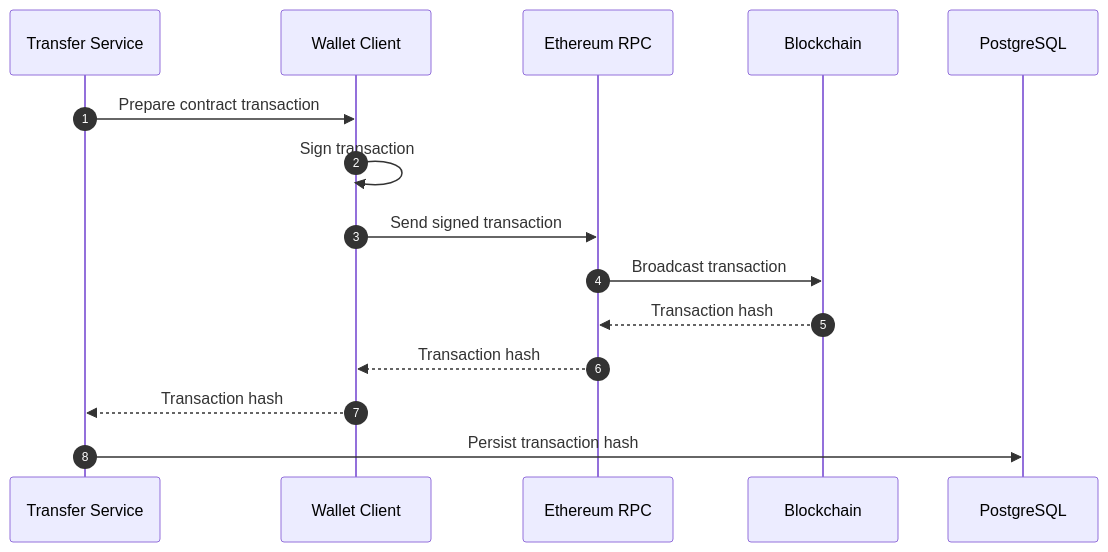
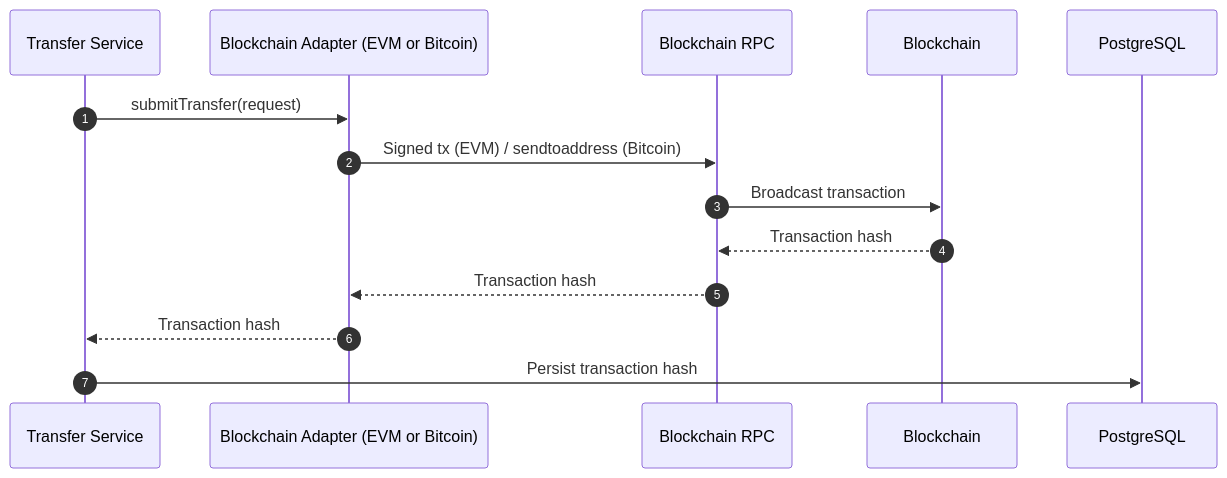
Before and after one commit to wahid-nwr/blockchain-transaction-simulator: the third of 7 diagrams in docs/blockchain-integration.md, drawn with Mermaid. The commit also changed other lines of this file and 6 other files, not shown here.

Commit message:
Added blockchain adapter pattern document

````diff
--- a/docs/blockchain-integration.md
+++ b/docs/blockchain-integration.md
@@ -264,19 +484,18 @@
 ```mermaid
 sequenceDiagram
     autonumber
 
     participant Service as Transfer Service
-    participant Wallet as Wallet Client
-    participant RPC as Ethereum RPC
+    participant Adapter as Blockchain Adapter (EVM or Bitcoin)
+    participant RPC as Blockchain RPC
     participant Chain as Blockchain
     participant DB as PostgreSQL
 
-    Service->>Wallet: Prepare contract transaction
-    Wallet->>Wallet: Sign transaction
-    Wallet->>RPC: Send signed transaction
+    Service->>Adapter: submitTransfer(request)
+    Adapter->>RPC: Signed tx (EVM) / sendtoaddress (Bitcoin)
     RPC->>Chain: Broadcast transaction
     Chain-->>RPC: Transaction hash
-    RPC-->>Wallet: Transaction hash
-    Wallet-->>Service: Transaction hash
+    RPC-->>Adapter: Transaction hash
+    Adapter-->>Service: Transaction hash
     Service->>DB: Persist transaction hash
 ```
````
